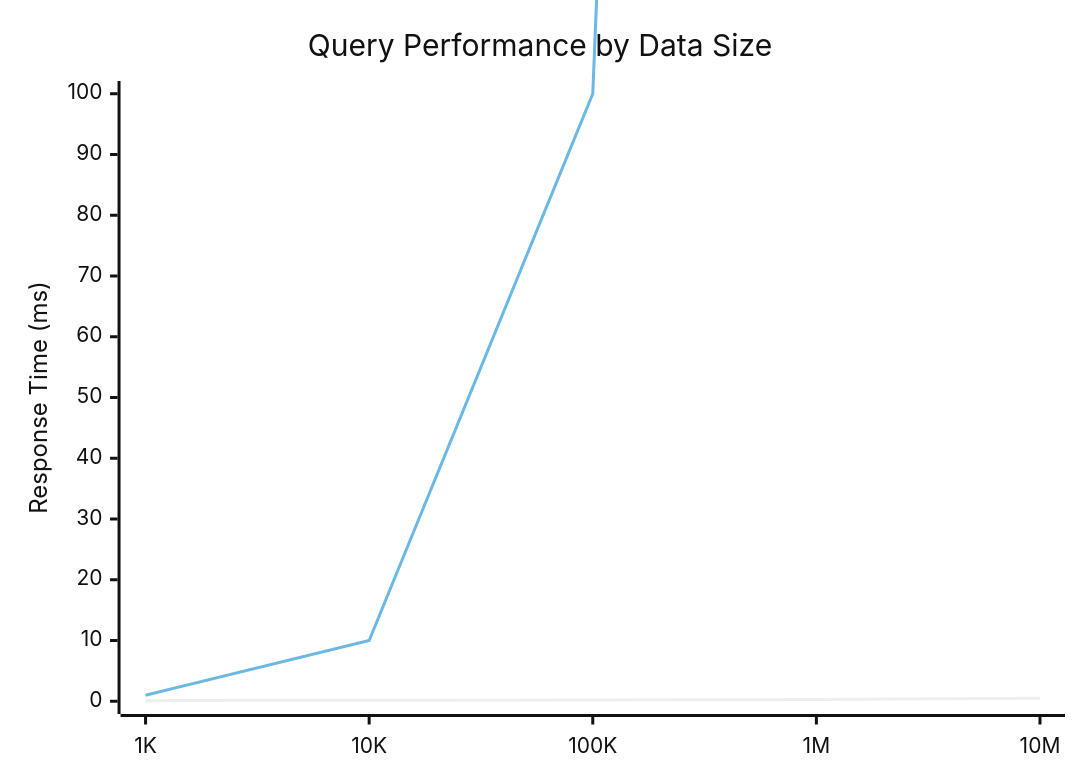
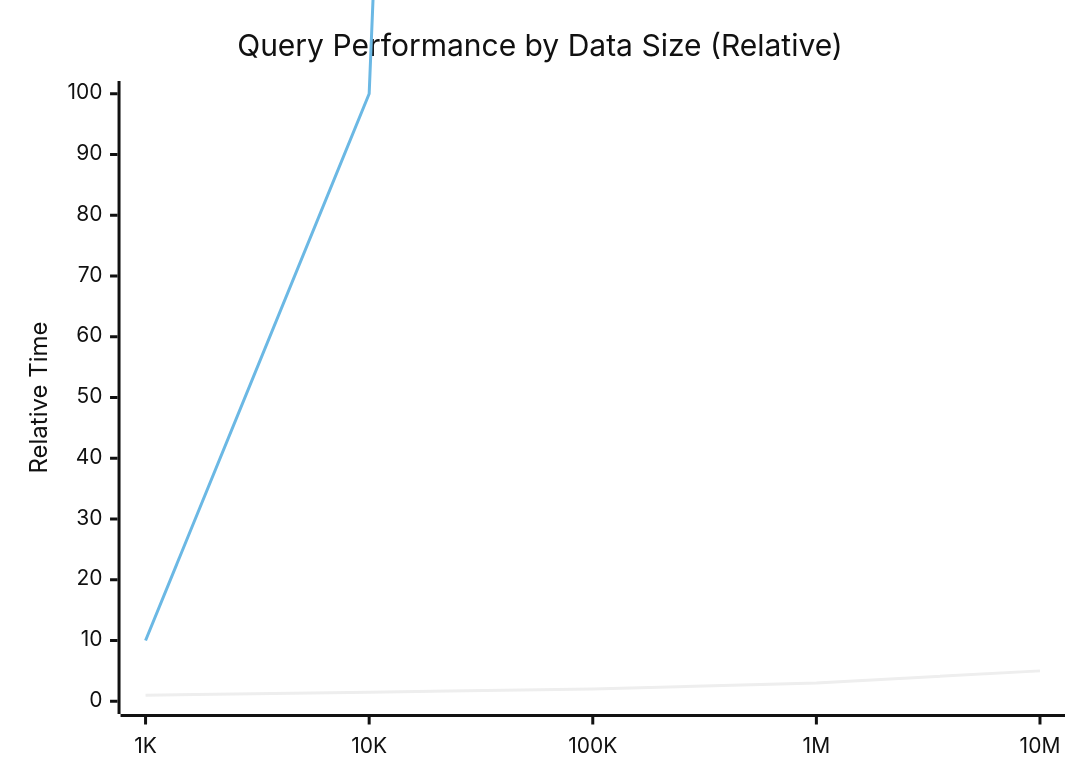
One commit to avoidwork/haro changed the ninth of 9 diagrams in docs/TECHNICAL_DOCUMENTATION.md. Above: the diagram before and after it, drawn with Mermaid (neutral theme). The commit also changed other lines of this file and 54 other files, not shown here.

````diff
--- a/docs/TECHNICAL_DOCUMENTATION.md
+++ b/docs/TECHNICAL_DOCUMENTATION.md
@@ -308,8 +493,8 @@
 ```mermaid
 xychart-beta
-    title "Query Performance by Data Size"
+    title "Query Performance by Data Size (Relative)"
     x-axis [1K, 10K, 100K, 1M, 10M]
-    y-axis "Response Time (ms)" 0 --> 100
-    line "Indexed Query" [0.1, 0.15, 0.2, 0.3, 0.5]
-    line "Full Scan" [1, 10, 100, 1000, 10000]
+    y-axis "Relative Time" 0 --> 100
+    line "Indexed Query" [1, 1.5, 2, 3, 5]
+    line "Full Scan" [10, 100, 1000, 10000, 100000]
 ```
````
